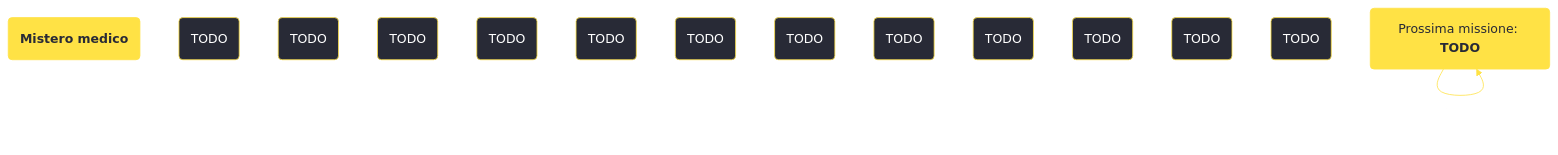
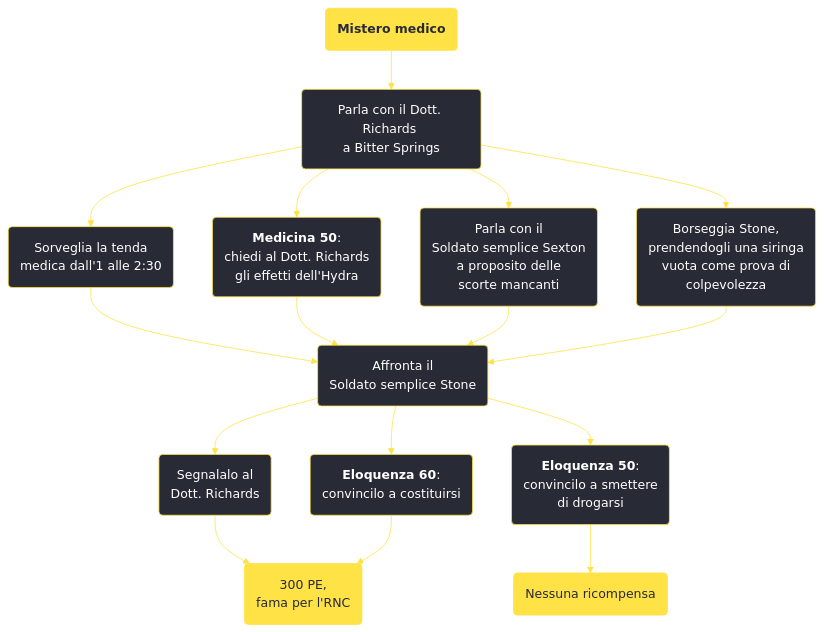
One commit to persy/wastelander changed the diagram in content/voci/fallout new vegas/missioni/Mistero medico.md. Above: the diagram before and after it, drawn with Mermaid. The commit also changed 27 other files, not shown here.

````diff
--- a/content/voci/fallout new vegas/missioni/Mistero medico.md
+++ b/content/voci/fallout new vegas/missioni/Mistero medico.md
@@ -32,24 +32,24 @@
 ```mermaid
 %%{init: {'theme': 'base', 'themeVariables': { 'primaryColor': '#282a36', 'primaryBorderColor': '#ffe245', 'primaryTextColor': '#fff', 'lineColor': '#ffe245', 'fontFamily': 'Jura'}}}%%
 graph TD;
     id1(<b>Mistero medico</b>):::questfnv
-    id2(TODO)
-    id3(TODO)
-    id4(TODO)
-    id5(TODO)
-    id6(TODO)
-    id7(TODO) 
-    id8(TODO)
-    id9(TODO)
-    id10(TODO)
-    id11(TODO)
-    id12(TODO)
-    id13(TODO) 
-    id(TODO):::rewardfnv
-    id(Prossima missione: <b>TODO</b>):::questfnv
-    id-->id-->id-->id-->id-->id-->id
+    id2(Parla con il Dott. Richards <br />a Bitter Springs)
+    id3(Sorveglia la tenda <br />medica dall'1 alle 2:30)
+    id4(<b>Medicina 50</b>: <br />chiedi al Dott. Richards <br />gli effetti dell'Hydra)
+    id5(Parla con il <br />Soldato semplice Sexton <br />a proposito delle <br />scorte mancanti)
+    id6(Borseggia Stone, <br />prendendogli una siringa <br />vuota come prova di <br />colpevolezza)
+    id7(Affronta il <br />Soldato semplice Stone) 
+    id8(Segnalalo al <br />Dott. Richards)
+    id9(<b>Eloquenza 60</b>: <br />convincilo a costituirsi)
+    id10(<b>Eloquenza 50</b>: <br />convincilo a smettere <br />di drogarsi)
+    id11(300 PE, <br />fama per l'RNC):::rewardfnv
+    id12(Nessuna ricompensa):::rewardfnv
+
+    id1-->id2-->id3 & id4 & id5 & id6-->id7-->id8 & id9 & id10
+    id8 & id9-->id11
+    id10-->id12
     
     click id "../TODO"
     classDef rewardfnv fill:#ffe245, stroke:#ffe245, color:#282a36;
     classDef questfnv fill:#ffe245, stroke:#ffe245, color:#282a36;
 ```
````
